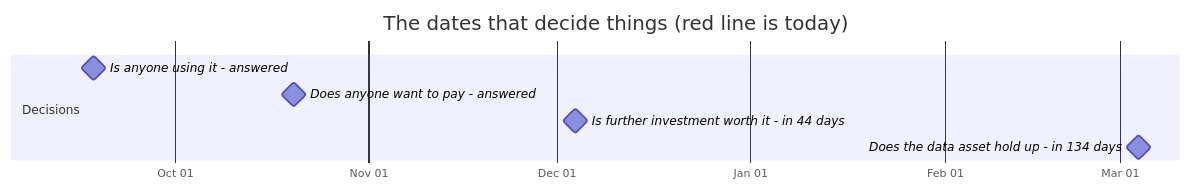
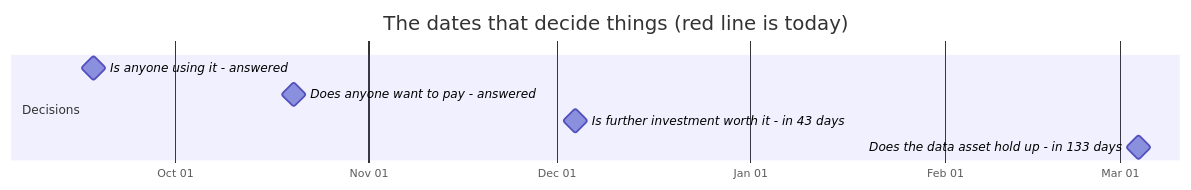
One commit to jakegu1/vetagent changed the first of 2 diagrams in docs/OWNER.md. Above: the diagram before and after it, drawn with Mermaid. The commit also changed other lines of this file and 1 other file, not shown here.

````diff
--- a/docs/OWNER.md
+++ b/docs/OWNER.md
@@ -67,12 +67,12 @@
 ```mermaid
 gantt
     dateFormat YYYY-MM-DD
     axisFormat %b %d
     todayMarker stroke-width:3px,stroke:#d33,stroke-dasharray:0
     title The dates that decide things (red line is today)
     section Decisions
     Is anyone using it - answered :milestone, 2026-09-18, 0d
     Does anyone want to pay - answered :milestone, 2026-10-20, 0d
-    Is further investment worth it - in 44 days :milestone, 2026-12-04, 0d
-    Does the data asset hold up - in 134 days :milestone, 2027-03-04, 0d
+    Is further investment worth it - in 43 days :milestone, 2026-12-04, 0d
+    Does the data asset hold up - in 133 days :milestone, 2027-03-04, 0d
 ```
````
